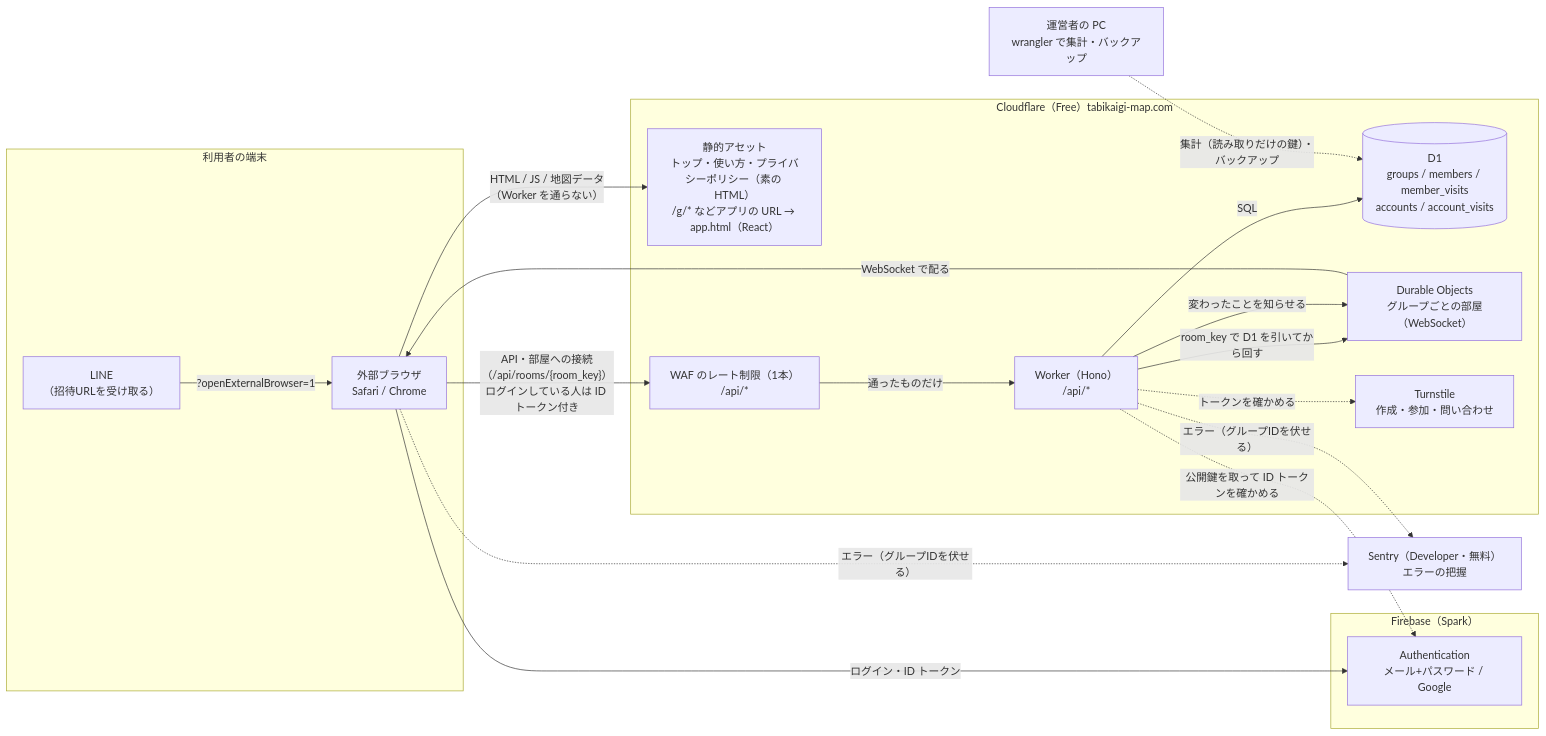
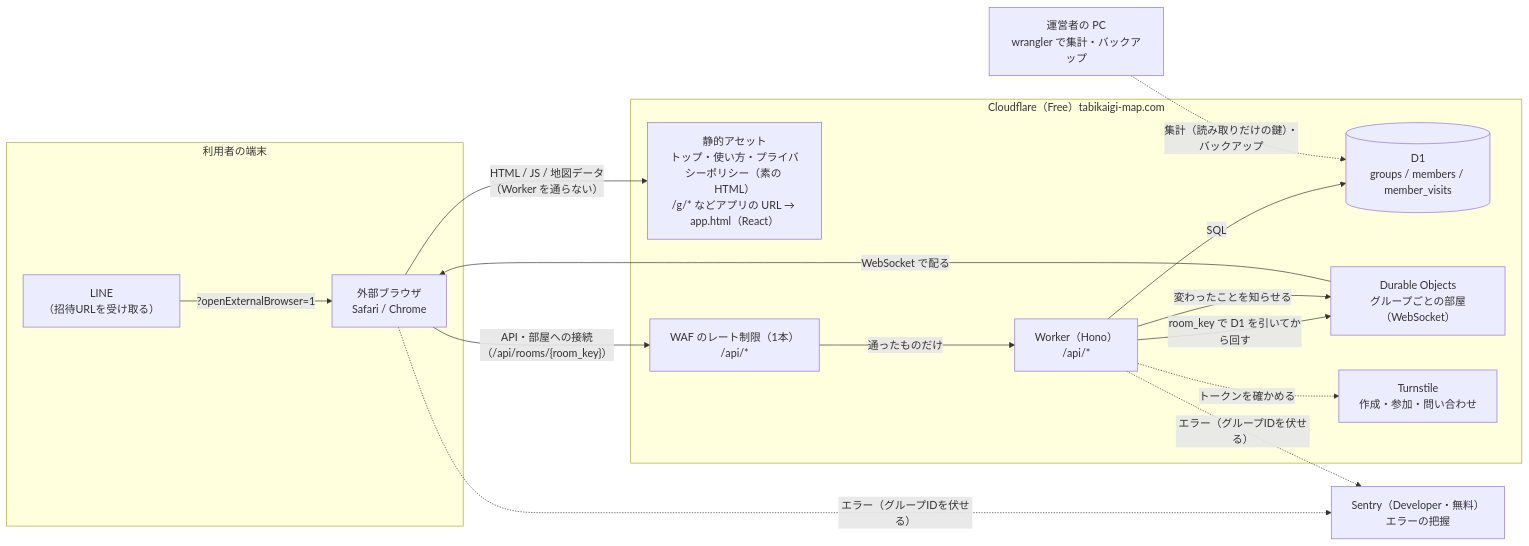
The diagram in docs/design/architecture.md (yuppy52/tabikaigi-map), drawn with Mermaid before and after one commit. The commit also changed other lines of this file and 24 other files, not shown here.

````diff
--- a/docs/design/architecture.md
+++ b/docs/design/architecture.md
@@ -7,38 +7,32 @@
 ```mermaid
 flowchart LR
   subgraph client["利用者の端末"]
     LINE["LINE<br/>（招待URLを受け取る）"]
     Browser["外部ブラウザ<br/>Safari / Chrome"]
     LINE -- "?openExternalBrowser=1" --> Browser
   end
   Ops["運営者の PC<br/>wrangler で集計・バックアップ"]
 
   subgraph cf["Cloudflare（Free）tabikaigi-map.com"]
     Assets["静的アセット<br/>トップ・使い方・プライバシーポリシー（素の HTML）<br/>/g/* などアプリの URL → app.html（React）"]
     WAF["WAF のレート制限（1本）<br/>/api/*"]
     Worker["Worker（Hono）<br/>/api/*"]
-    D1[("D1<br/>groups / members / member_visits<br/>accounts / account_visits")]
+    D1[("D1<br/>groups / members / member_visits")]
     Room["Durable Objects<br/>グループごとの部屋（WebSocket）"]
     Turnstile["Turnstile<br/>作成・参加・問い合わせ"]
-  end
-
-  subgraph fb["Firebase（Spark）"]
-    Auth["Authentication<br/>メール+パスワード / Google"]
   end
 
   Sentry["Sentry（Developer・無料）<br/>エラーの把握"]
 
   Browser -- "HTML / JS / 地図データ<br/>（Worker を通らない）" --> Assets
-  Browser -- "API・部屋への接続（/api/rooms/{room_key}）<br/>ログインしている人は ID トークン付き" --> WAF
+  Browser -- "API・部屋への接続（/api/rooms/{room_key}）" --> WAF
   WAF -- "通ったものだけ" --> Worker
   Worker -- "SQL" --> D1
   Worker -- "room_key で D1 を引いてから回す" --> Room
   Worker -- "変わったことを知らせる" --> Room
   Room -- "WebSocket で配る" --> Browser
   Worker -. "トークンを確かめる" .-> Turnstile
-  Browser -- "ログイン・ID トークン" --> Auth
-  Worker -. "公開鍵を取って ID トークンを確かめる" .-> Auth
   Browser -. "エラー（グループIDを伏せる）" .-> Sentry
   Worker -. "エラー（グループIDを伏せる）" .-> Sentry
   Ops -. "集計（読み取りだけの鍵）・バックアップ" .-> D1
 ```
````
